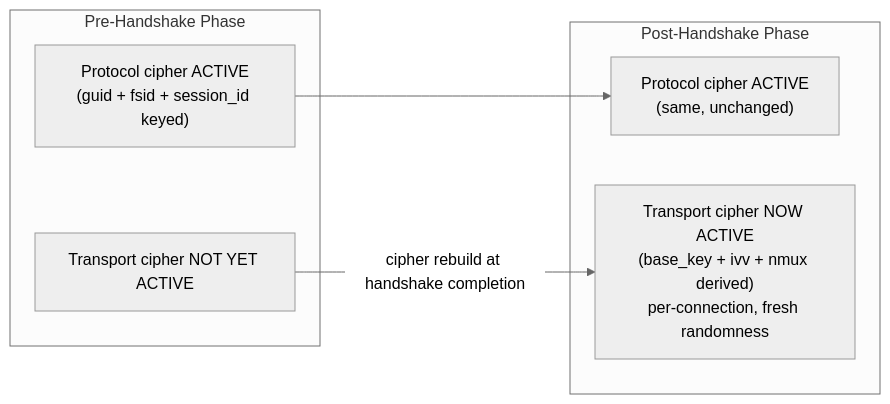
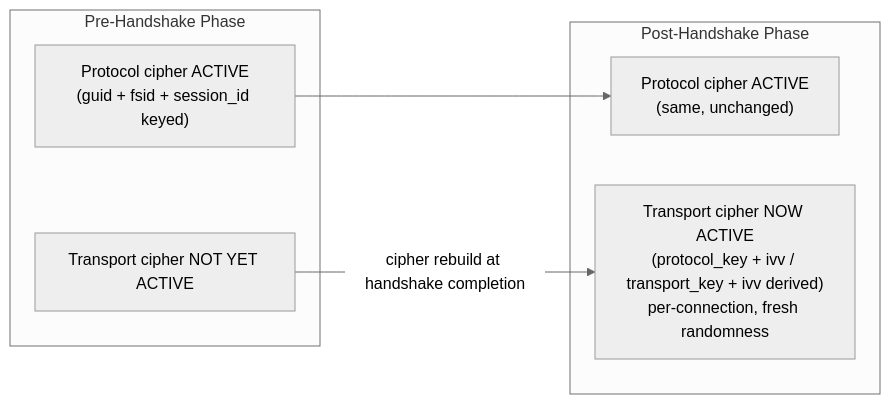
Diagram 12 of 13 in docs/HANDSHAKE_SEQUENCE.md (HyacinthHaru/openppp2), drawn with Mermaid (neutral theme) before and after one commit. The commit also changed other lines of this file and 80 other files, not shown here.

````diff
--- a/docs/HANDSHAKE_SEQUENCE.md
+++ b/docs/HANDSHAKE_SEQUENCE.md
@@ -420,15 +420,15 @@
 ```mermaid
 graph LR
     subgraph "Pre-Handshake Phase"
         PreProtocol["Protocol cipher ACTIVE\n(guid + fsid + session_id keyed)"]
         PreTransport["Transport cipher NOT YET ACTIVE"]
     end
 
     subgraph "Post-Handshake Phase"
         PostProtocol["Protocol cipher ACTIVE\n(same, unchanged)"]
-        PostTransport["Transport cipher NOW ACTIVE\n(base_key + ivv + nmux derived)\nper-connection, fresh randomness"]
+        PostTransport["Transport cipher NOW ACTIVE\n(protocol_key + ivv / transport_key + ivv derived)\nper-connection, fresh randomness"]
     end
 
     PreProtocol --> PostProtocol
     PreTransport -->|"cipher rebuild at handshake completion"| PostTransport
 ```
````
